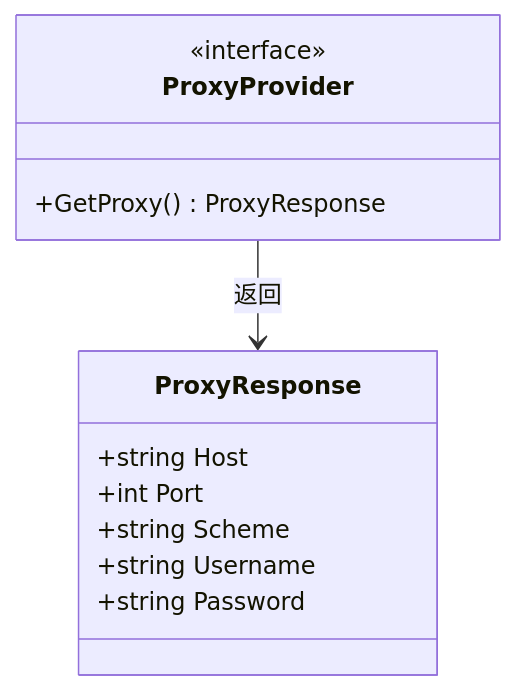
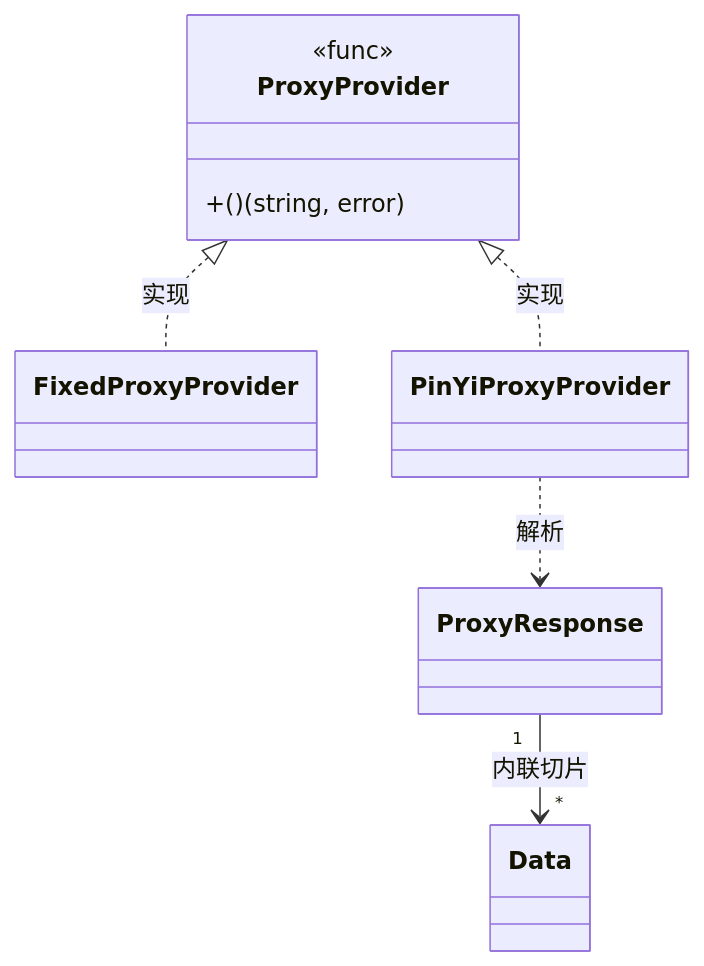
Before and after one commit to scagogogo/cnvd-skills: the diagram in website/docs/api-cnvd-skills/proxy.md, drawn with Mermaid. The commit also changed other lines of this file and 59 other files, not shown here.

````diff
--- a/website/docs/api-cnvd-skills/proxy.md
+++ b/website/docs/api-cnvd-skills/proxy.md
@@ -13,15 +54,14 @@
 ```mermaid
 classDiagram
     class ProxyProvider {
-        <<interface>>
-        +GetProxy() ProxyResponse
+        <<func>>
+        +() (string, error)
     }
-    class ProxyResponse {
-        +string Host
-        +int Port
-        +string Scheme
-        +string Username
-        +string Password
-    }
-    ProxyProvider --> ProxyResponse : 返回
+    class FixedProxyProvider
+    class PinYiProxyProvider
+    class ProxyResponse
+    ProxyProvider <|.. FixedProxyProvider : 实现
+    ProxyProvider <|.. PinYiProxyProvider : 实现
+    PinYiProxyProvider ..> ProxyResponse : 解析
+    ProxyResponse "1" --> "*" Data : 内联切片
 ```
````
